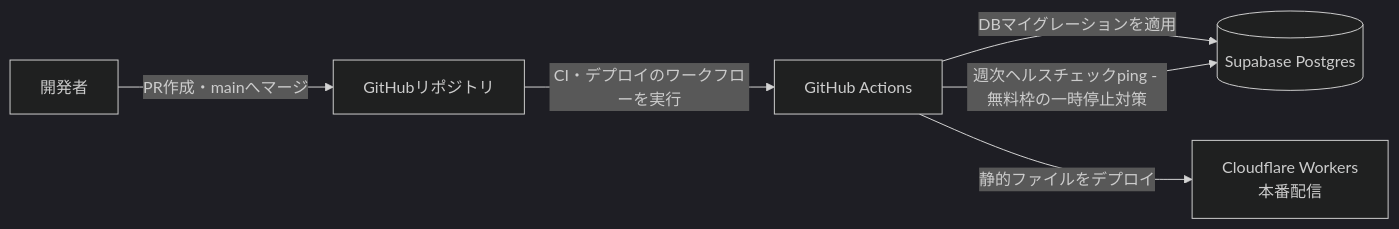
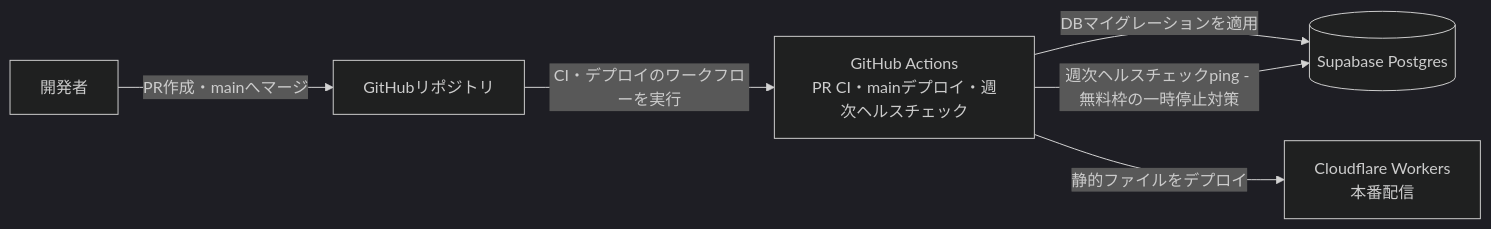
The third of 3 diagrams in docs/architecture/infrastructure.md (zakiyama0108/benriyatool), drawn with Mermaid (dark theme) before and after one commit. The commit also changed other lines of this file and 18 other files, not shown here.

````diff
--- a/docs/architecture/infrastructure.md
+++ b/docs/architecture/infrastructure.md
@@ -45,14 +45,14 @@
 ```mermaid
 flowchart LR
     dev["開発者"]
     repo["GitHubリポジトリ"]
-    actions["GitHub Actions"]
+    actions["GitHub Actions<br>PR CI・mainデプロイ・週次ヘルスチェック"]
     workers["Cloudflare Workers<br>本番配信"]
     db[("Supabase Postgres")]
 
     dev -->|PR作成・mainへマージ| repo
     repo -->|CI・デプロイのワークフローを実行| actions
     actions -->|DBマイグレーションを適用| db
     actions -->|静的ファイルをデプロイ| workers
     actions -->|週次ヘルスチェックping - 無料枠の一時停止対策| db
 ```
````
